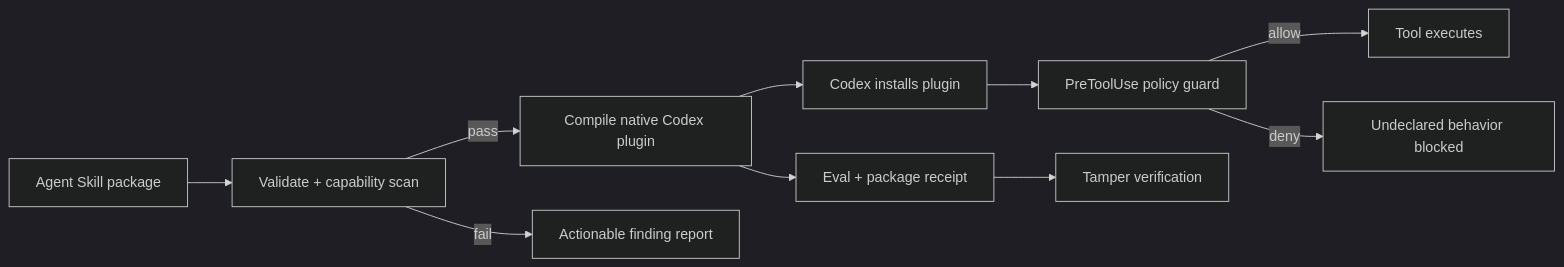
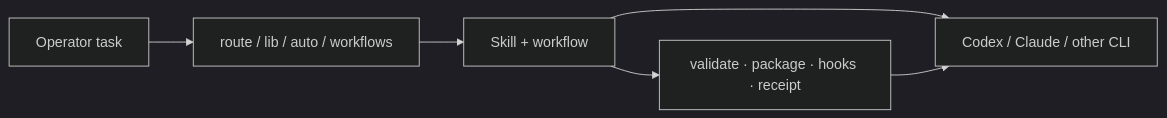
The diagram in README.md (Tlkh201313/SkillsForge), drawn with Mermaid (dark theme) before and after one commit. The commit also changed other lines of this file and 31 other files, not shown here.

````diff
--- a/README.md
+++ b/README.md
@@ -51,12 +61,8 @@
 ```mermaid
 flowchart LR
-    Skill["Agent Skill package"] --> Validate["Validate + capability scan"]
-    Validate -->|pass| Package["Compile native Codex plugin"]
-    Validate -->|fail| Report["Actionable finding report"]
-    Package --> Codex["Codex installs plugin"]
-    Codex --> Hook["PreToolUse policy guard"]
-    Hook -->|allow| Tool["Tool executes"]
-    Hook -->|deny| Block["Undeclared behavior blocked"]
-    Package --> Evidence["Eval + package receipt"]
-    Evidence --> Verify["Tamper verification"]
+    Task["Operator task"] --> Route["route / lib / auto / workflows"]
+    Route --> Skill["Skill + workflow"]
+    Skill --> Host["Codex / Claude / other CLI"]
+    Skill --> Safety["validate · package · hooks · receipt"]
+    Safety --> Host
 ```
````
